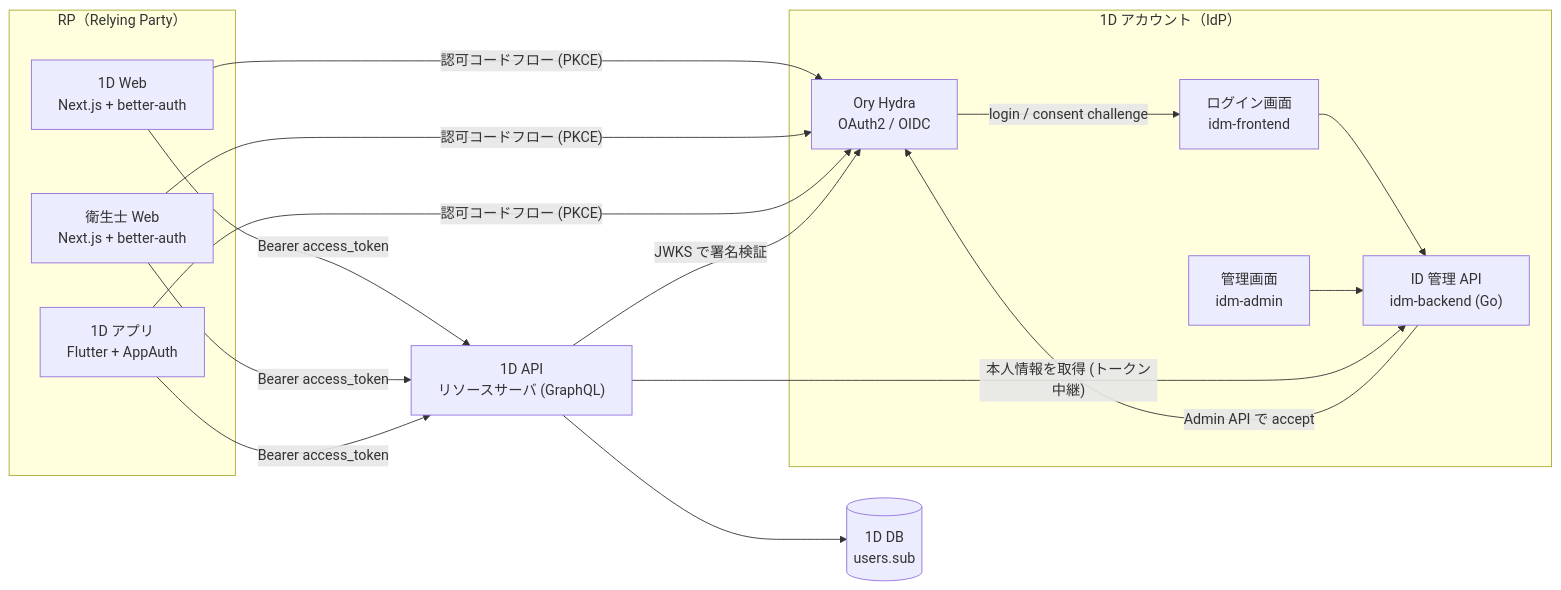
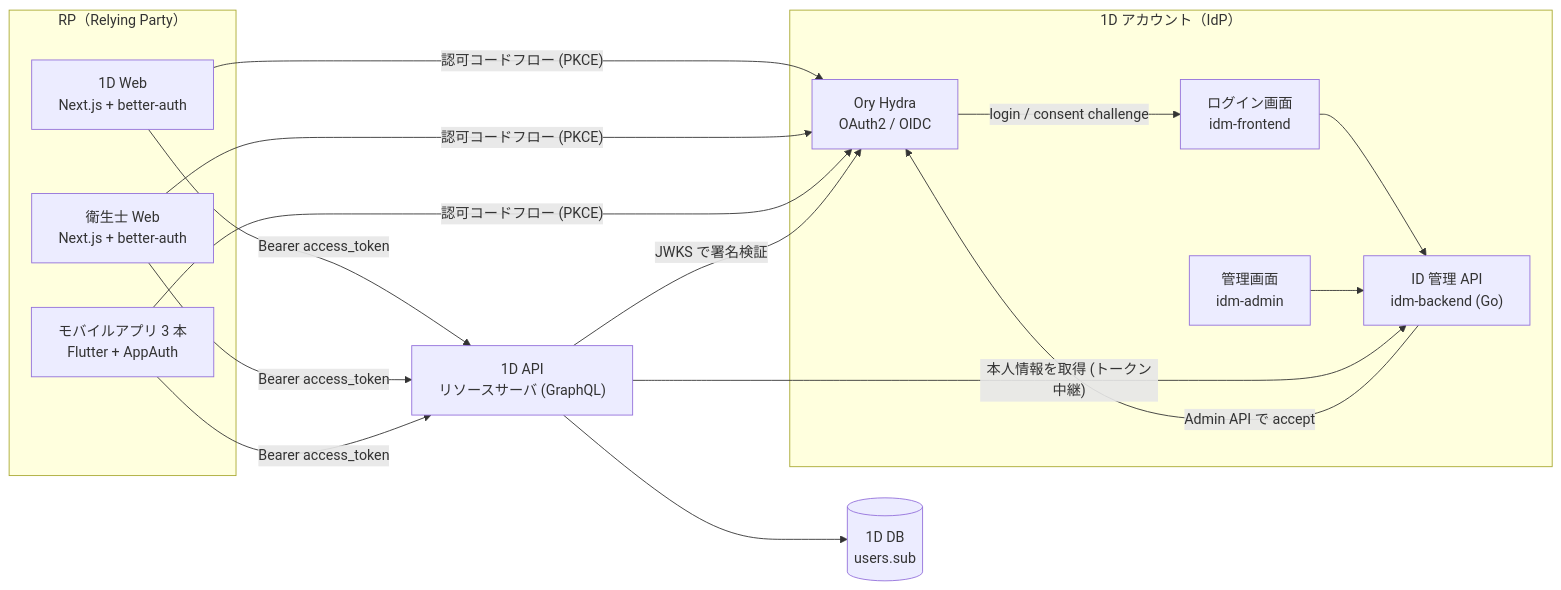
The first of 2 diagrams in articles/oned-idp-hydra-migration.md (kamayla/zenn-content), drawn with Mermaid before and after one commit. The commit also changed other lines of this file, not shown here.

````diff
--- a/articles/oned-idp-hydra-migration.md
+++ b/articles/oned-idp-hydra-migration.md
@@ -72,29 +73,29 @@
 ```mermaid
 flowchart LR
     subgraph RP["RP（Relying Party）"]
         WEB["1D Web<br/>Next.js + better-auth"]
         DH["衛生士 Web<br/>Next.js + better-auth"]
-        APP["1D アプリ<br/>Flutter + AppAuth"]
+        APP["モバイルアプリ 3 本<br/>Flutter + AppAuth"]
     end
 
     subgraph IDP["1D アカウント（IdP）"]
         HYDRA["Ory Hydra<br/>OAuth2 / OIDC"]
         IDMF["ログイン画面<br/>idm-frontend"]
         IDMB["ID 管理 API<br/>idm-backend (Go)"]
         IDMA["管理画面<br/>idm-admin"]
     end
 
     GOAPI["1D API<br/>リソースサーバ (GraphQL)"]
     DB[("1D DB<br/>users.sub")]
 
     WEB & DH & APP -->|"認可コードフロー (PKCE)"| HYDRA
     HYDRA -->|"login / consent challenge"| IDMF
     IDMF --> IDMB
     IDMB -->|"Admin API で accept"| HYDRA
     IDMA --> IDMB
 
     WEB & DH & APP -->|"Bearer access_token"| GOAPI
     GOAPI -->|"JWKS で署名検証"| HYDRA
     GOAPI -->|"本人情報を取得 (トークン中継)"| IDMB
     GOAPI --> DB
 ```
````
